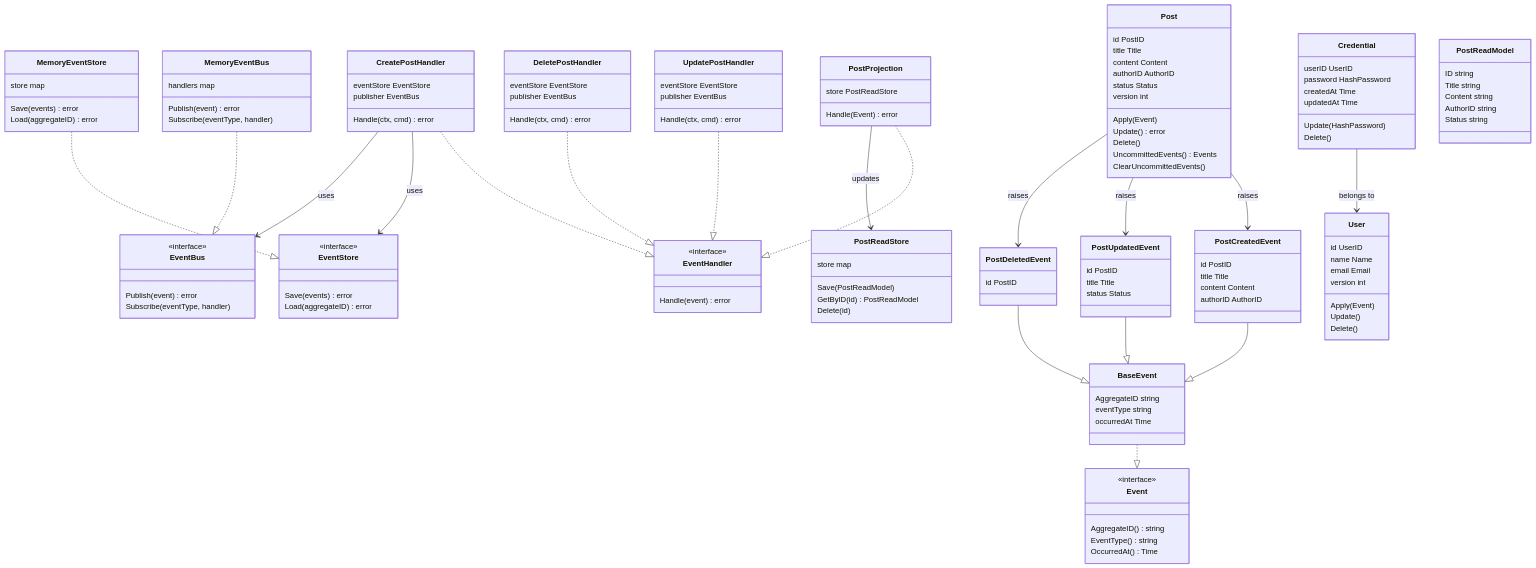
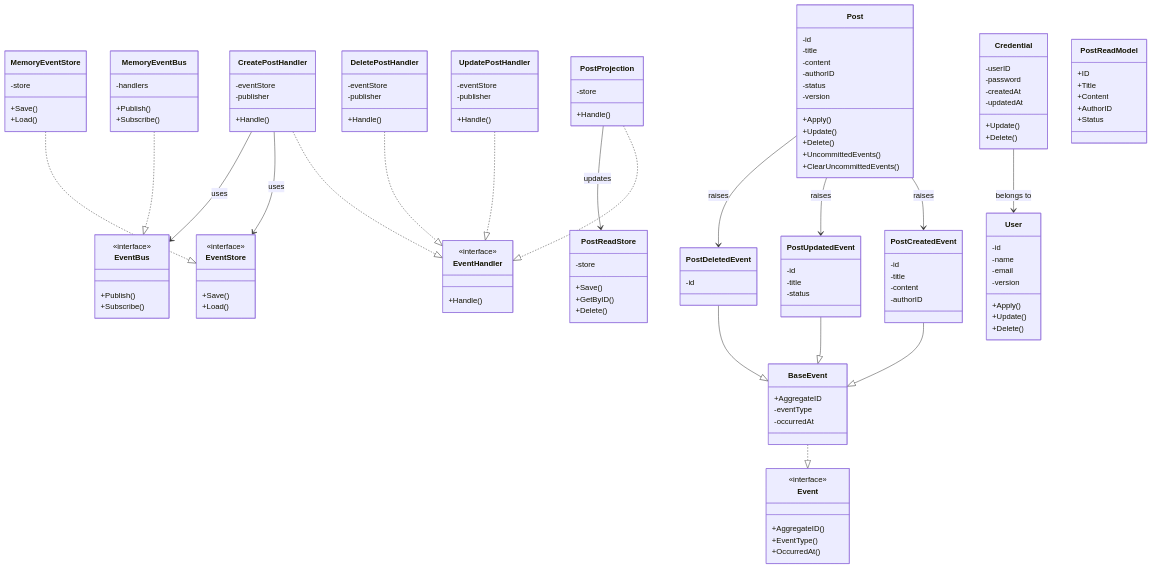
The second of 2 diagrams in cqrs/README.md (Reeeid/Go_backend_playgrounds), drawn with Mermaid before and after one commit. The commit also changed 13 other files, not shown here.

```diff
--- a/cqrs/README.md
+++ b/cqrs/README.md
@@ -28,114 +28,114 @@
 classDiagram
     class Event {
         <<interface>>
-        AggregateID() string
-        EventType() string
-        OccurredAt() Time
+        +AggregateID()
+        +EventType()
+        +OccurredAt()
     }
     class BaseEvent {
-        AggregateID string
-        eventType string
-        occurredAt Time
+        +AggregateID
+        -eventType
+        -occurredAt
     }
     class EventStore {
         <<interface>>
-        Save(events) error
-        Load(aggregateID) error
+        +Save()
+        +Load()
     }
     class EventBus {
         <<interface>>
-        Publish(event) error
-        Subscribe(eventType, handler)
+        +Publish()
+        +Subscribe()
     }
     class EventHandler {
         <<interface>>
-        Handle(event) error
+        +Handle()
     }
     class Post {
-        id PostID
-        title Title
-        content Content
-        authorID AuthorID
-        status Status
-        version int
-        Apply(Event)
-        Update() error
-        Delete()
-        UncommittedEvents() Events
-        ClearUncommittedEvents()
+        -id
+        -title
+        -content
+        -authorID
+        -status
+        -version
+        +Apply()
+        +Update()
+        +Delete()
+        +UncommittedEvents()
+        +ClearUncommittedEvents()
     }
     class PostCreatedEvent {
-        id PostID
-        title Title
-        content Content
-        authorID AuthorID
+        -id
+        -title
+        -content
+        -authorID
     }
     class PostUpdatedEvent {
-        id PostID
-        title Title
-        status Status
+        -id
+        -title
+        -status
     }
     class PostDeletedEvent {
-        id PostID
+        -id
     }
     class User {
-        id UserID
-        name Name
-        email Email
-        version int
-        Apply(Event)
-        Update()
-        Delete()
+        -id
+        -name
+        -email
+        -version
+        +Apply()
+        +Update()
+        +Delete()
     }
     class Credential {
-        userID UserID
-        password HashPassword
-        createdAt Time
-        updatedAt Time
-        Update(HashPassword)
-        Delete()
+        -userID
+        -password
+        -createdAt
+        -updatedAt
+        +Update()
+        +Delete()
     }
     class CreatePostHandler {
-        eventStore EventStore
-        publisher EventBus
-        Handle(ctx, cmd) error
+        -eventStore
+        -publisher
+        +Handle()
     }
     class UpdatePostHandler {
-        eventStore EventStore
-        publisher EventBus
-        Handle(ctx, cmd) error
+        -eventStore
+        -publisher
+        +Handle()
     }
     class DeletePostHandler {
-        eventStore EventStore
-        publisher EventBus
-        Handle(ctx, cmd) error
+        -eventStore
+        -publisher
+        +Handle()
     }
     class MemoryEventStore {
-        store map
-        Save(events) error
-        Load(aggregateID) error
+        -store
+        +Save()
+        +Load()
     }
     class MemoryEventBus {
-        handlers map
-        Publish(event) error
-        Subscribe(eventType, handler)
+        -handlers
+        +Publish()
+        +Subscribe()
     }
     class PostProjection {
-        store PostReadStore
-        Handle(Event) error
+        -store
+        +Handle()
     }
     class PostReadStore {
-        store map
-        Save(PostReadModel)
-        GetByID(id) PostReadModel
-        Delete(id)
+        -store
+        +Save()
+        +GetByID()
+        +Delete()
     }
     class PostReadModel {
-        ID string
-        Title string
-        Content string
-        AuthorID string
-        Status string
+        +ID
+        +Title
+        +Content
+        +AuthorID
+        +Status
     }
 
     BaseEvent ..|> Event
```
